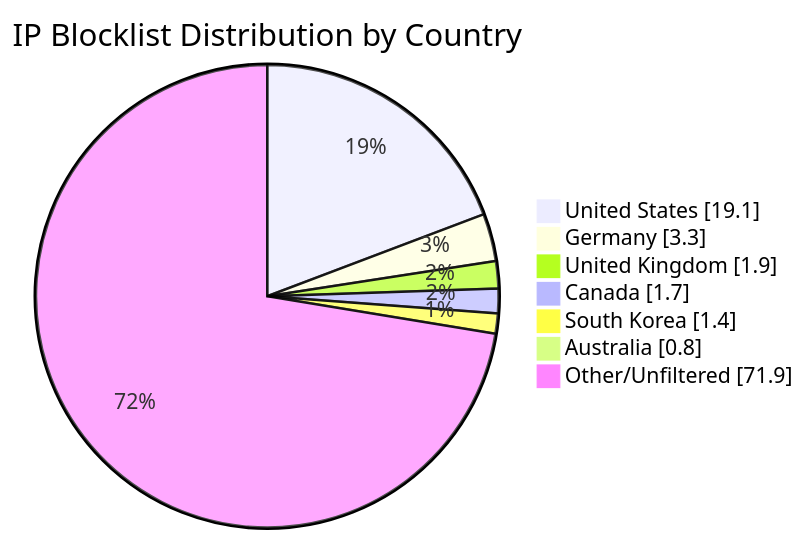
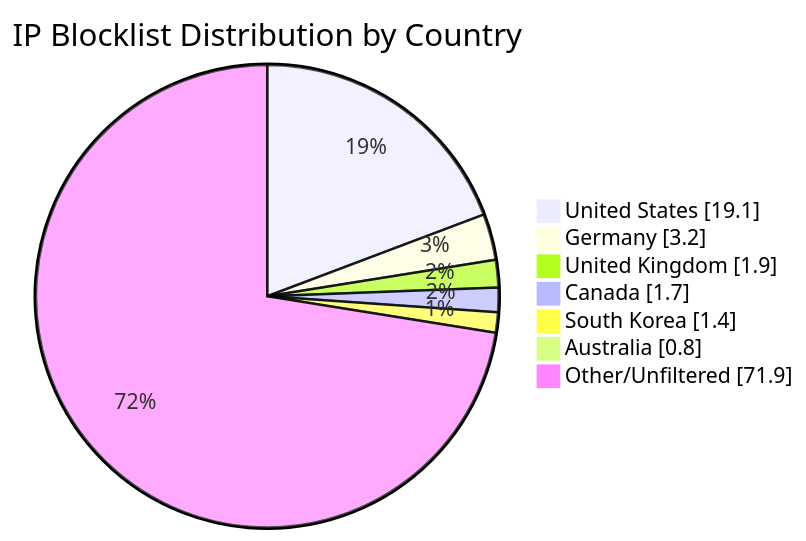
The diagram in README.md (MarcusHoltz/ipblocklist-geofiltered-aggregator), drawn with Mermaid before and after one commit. The commit also changed other lines of this file and 9 other files, not shown here.

````diff
--- a/README.md
+++ b/README.md
@@ -34,10 +34,10 @@
 ```mermaid
 pie showData title IP Blocklist Distribution by Country
 "United States" : 19.1
-"Germany" : 3.3
+"Germany" : 3.2
 "United Kingdom" : 1.9
 "Canada" : 1.7
 "South Korea" : 1.4
 "Australia" : 0.8
 "Other/Unfiltered" : 71.9
 ```
````
